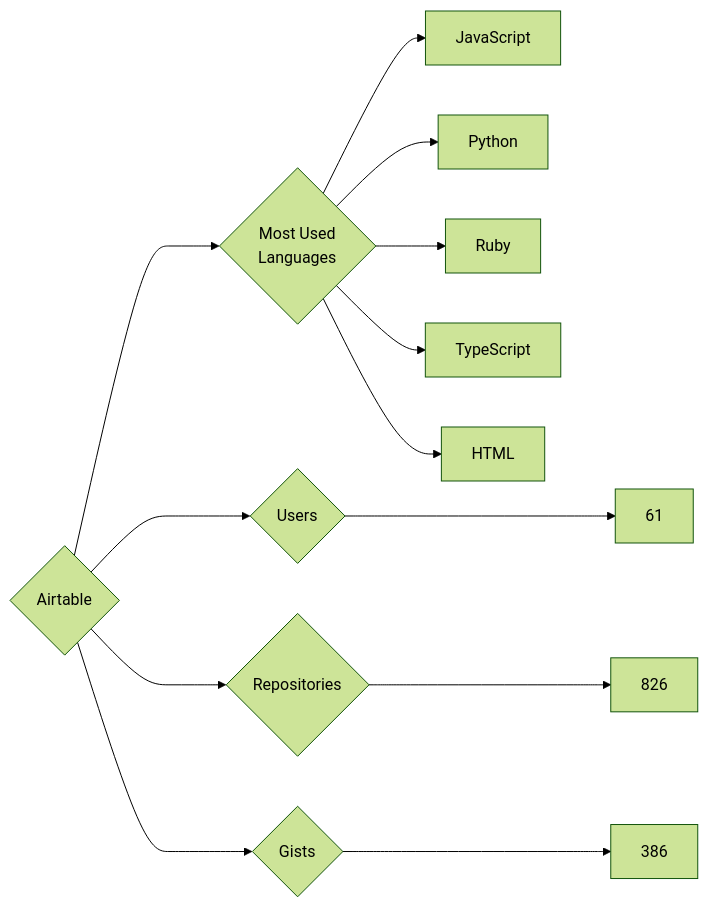
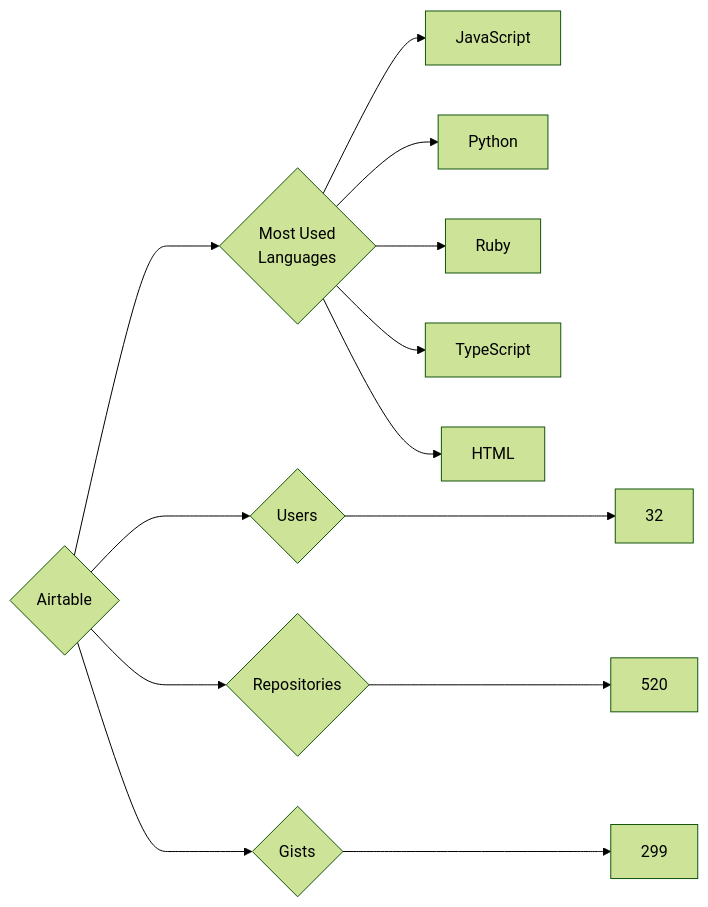
The diagram in targets/Airtable/README.md (trickest/insiders), drawn with Mermaid (forest theme) before and after one commit. The commit also changed 934 other files, not shown here.

````diff
--- a/targets/Airtable/README.md
+++ b/targets/Airtable/README.md
@@ -3,13 +3,13 @@
 ```mermaid
 graph LR
 COMPANY_NAME{Airtable}
-COMPANY_NAME ---> U{Users} ---> UN[61]
-COMPANY_NAME ---> R{Repositories} ---> RN[826]
-COMPANY_NAME ---> G{Gists} ---> GN[386]
+COMPANY_NAME ---> U{Users} ---> UN[32]
+COMPANY_NAME ---> R{Repositories} ---> RN[520]
+COMPANY_NAME ---> G{Gists} ---> GN[299]
 COMPANY_NAME ---> ML{Most Used<br>Languages}
 ML --> JavaScript[JavaScript]
 ML --> Python[Python]
 ML --> Ruby[Ruby]
 ML --> TypeScript[TypeScript]
 ML --> HTML[HTML]
 ```
````
